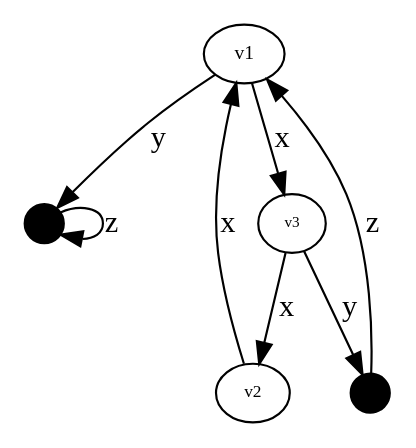
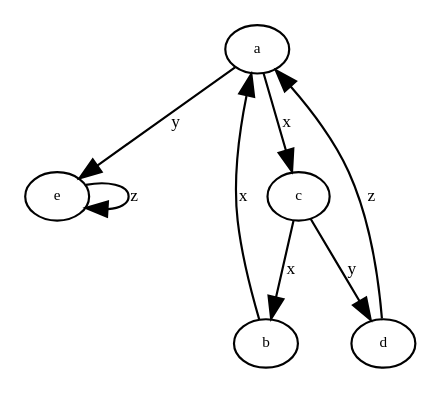
One commit to AndrewDuncan/Doublecoset changed the diagram in python/liza.gv. Above: the diagram before and after it, drawn with Graphviz. The commit also changed 13 other files, not shown here.

```diff
--- a/python/liza.gv
+++ b/python/liza.gv
@@ -1,15 +1,14 @@
 digraph liza {
-node[width=.25,height=.375,fontsize=9];
-"Gv1" [width=.25,height=.375,fontsize=9,label="v1"];
-"Gv1" -> "Gv5" [label="y"];
-"Gv1" -> "Gv3" [label="x"];
-"Gv2" [fontsize=8,label="v2"];
-"Gv2" -> "Gv1" [label="x"];
-"Gv3" [fontsize=7,label="v3"];
-"Gv3" -> "Gv4" [label="y"];
-"Gv3" -> "Gv2" [label="x"];
-"Gv4" [shape=point];
-"Gv4" -> "Gv1" [label="z"];
-"Gv5" [shape=point];
-"Gv5" -> "Gv5" [label="z"];
+"Gv1" [label="a",fontsize=7,width=.01,height=.01];
+"Gv1" -> "Gv5" [label="y",fontsize=8];
+"Gv1" -> "Gv3" [label="x",fontsize=8];
+"Gv2" [label="b",fontsize=7,width=.01,height=.01];
+"Gv2" -> "Gv1" [label="x",fontsize=8];
+"Gv3" [label="c",fontsize=7,width=.01,height=.01];
+"Gv3" -> "Gv4" [label="y",fontsize=8];
+"Gv3" -> "Gv2" [label="x",fontsize=8];
+"Gv4" [label="d",fontsize=7,width=.01,height=.01];
+"Gv4" -> "Gv1" [label="z",fontsize=8];
+"Gv5" [label="e",fontsize=7,width=.01,height=.01];
+"Gv5" -> "Gv5" [label="z",fontsize=8];
 }
```
